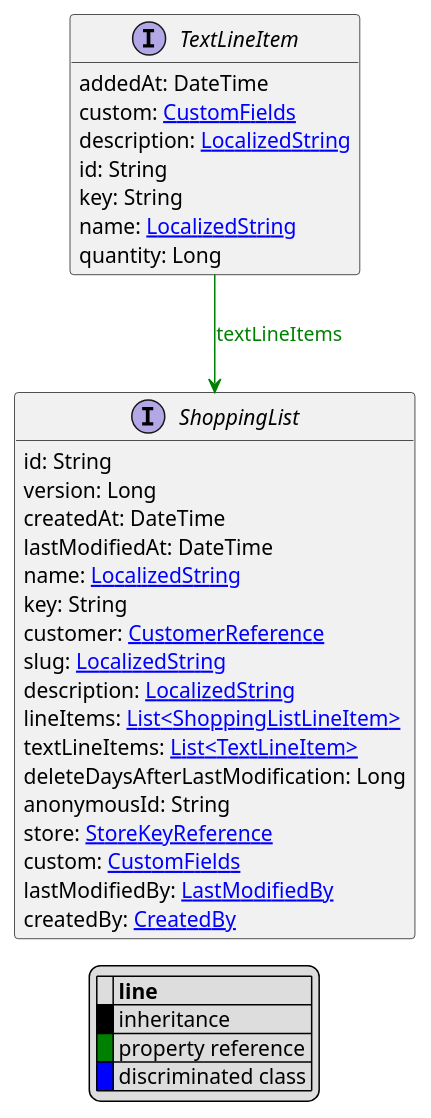
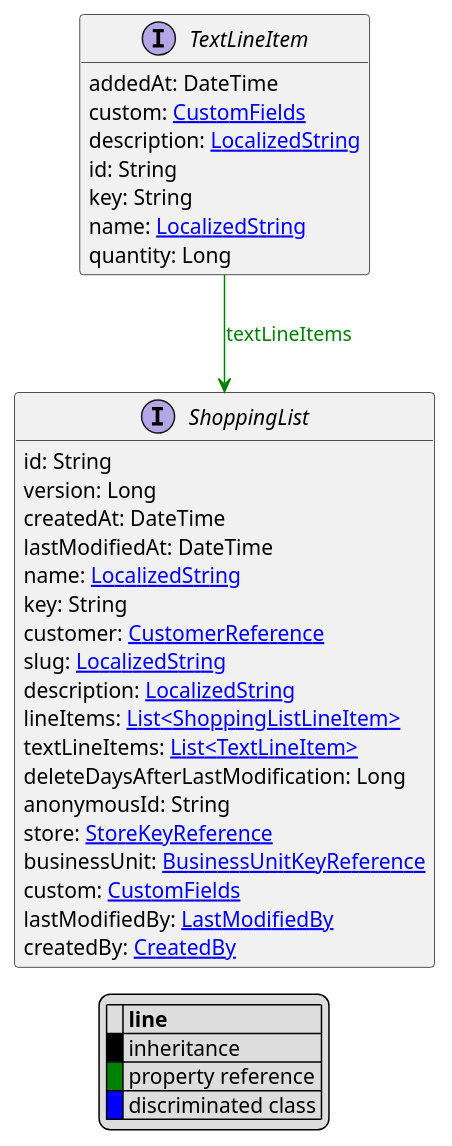
Before and after one commit to commercetools/commercetools-api-reference: the diagram in uml/api/TextLineItem.puml, drawn with PlantUML. The commit also changed 53 other files, not shown here.

```diff
--- a/uml/api/TextLineItem.puml
+++ b/uml/api/TextLineItem.puml
@@ -1,44 +1,45 @@
 @startuml
 
 hide empty fields
 hide empty methods
 legend
 |= |= line |
 |<back:black>   </back>| inheritance |
 |<back:green>   </back>| property reference |
 |<back:blue>   </back>| discriminated class |
 endlegend
 interface TextLineItem [[TextLineItem.svg]]  {
     addedAt: DateTime
     custom: [[CustomFields.svg CustomFields]]
     description: [[LocalizedString.svg LocalizedString]]
     id: String
     key: String
     name: [[LocalizedString.svg LocalizedString]]
     quantity: Long
 }
 
 
 
 interface ShoppingList [[ShoppingList.svg]]  {
     id: String
     version: Long
     createdAt: DateTime
     lastModifiedAt: DateTime
     name: [[LocalizedString.svg LocalizedString]]
     key: String
     customer: [[CustomerReference.svg CustomerReference]]
     slug: [[LocalizedString.svg LocalizedString]]
     description: [[LocalizedString.svg LocalizedString]]
     lineItems: [[ShoppingListLineItem.svg List<ShoppingListLineItem>]]
     textLineItems: [[TextLineItem.svg List<TextLineItem>]]
     deleteDaysAfterLastModification: Long
     anonymousId: String
     store: [[StoreKeyReference.svg StoreKeyReference]]
+    businessUnit: [[BusinessUnitKeyReference.svg BusinessUnitKeyReference]]
     custom: [[CustomFields.svg CustomFields]]
     lastModifiedBy: [[LastModifiedBy.svg LastModifiedBy]]
     createdBy: [[CreatedBy.svg CreatedBy]]
 }
 
 TextLineItem --> ShoppingList #green;text:green : "textLineItems"
 @enduml
```
